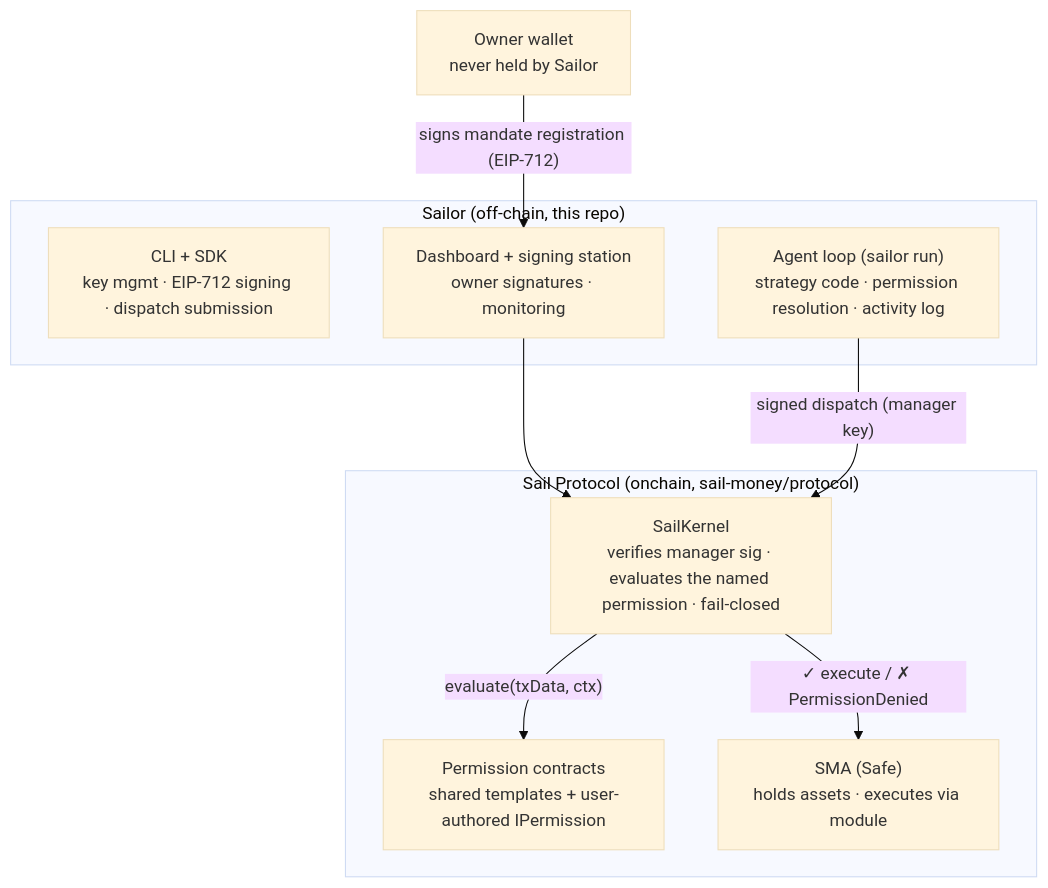
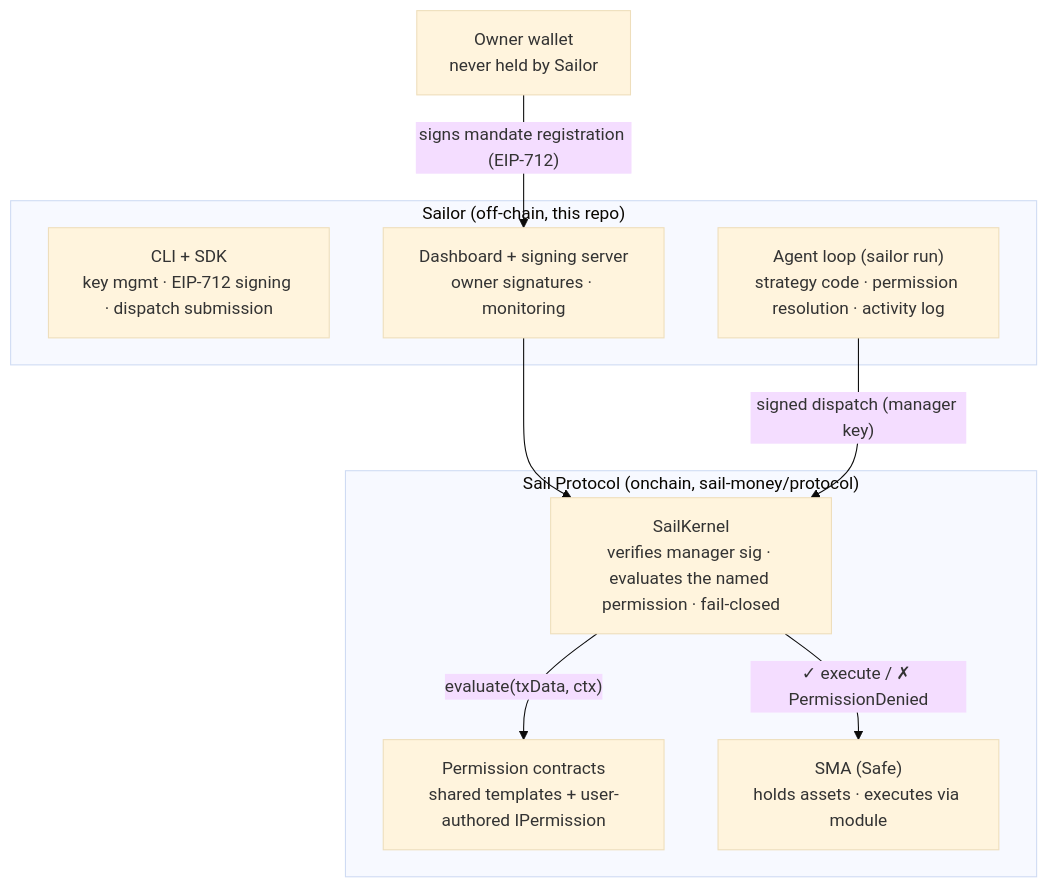
Before and after one commit to sail-money/Sailor: the diagram in docs/architecture.md, drawn with Mermaid (base theme). The commit also changed other lines of this file and 265 other files, not shown here.

````diff
--- a/docs/architecture.md
+++ b/docs/architecture.md
@@ -7,20 +7,20 @@
 ```mermaid
 flowchart TD
     subgraph OFFCHAIN["Sailor (off-chain, this repo)"]
         CLI["CLI + SDK<br/>key mgmt · EIP-712 signing · dispatch submission"]
-        UI["Dashboard + signing station<br/>owner signatures · monitoring"]
+        UI["Dashboard + signing server<br/>owner signatures · monitoring"]
         AGENT["Agent loop (sailor run)<br/>strategy code · permission resolution · activity log"]
     end
     subgraph ONCHAIN["Sail Protocol (onchain, sail-money/protocol)"]
         KERNEL["SailKernel<br/>verifies manager sig · evaluates the named permission · fail-closed"]
         PERM["Permission contracts<br/>shared templates + user-authored IPermission"]
         SAFE["SMA (Safe)<br/>holds assets · executes via module"]
     end
     OWNER["Owner wallet<br/>never held by Sailor"]
 
     OWNER -- "signs mandate registration (EIP-712)" --> UI
     UI --> KERNEL
     AGENT -- "signed dispatch (manager key)" --> KERNEL
     KERNEL -- "evaluate(txData, ctx)" --> PERM
     KERNEL -- "✓ execute / ✗ PermissionDenied" --> SAFE
 ```
````
